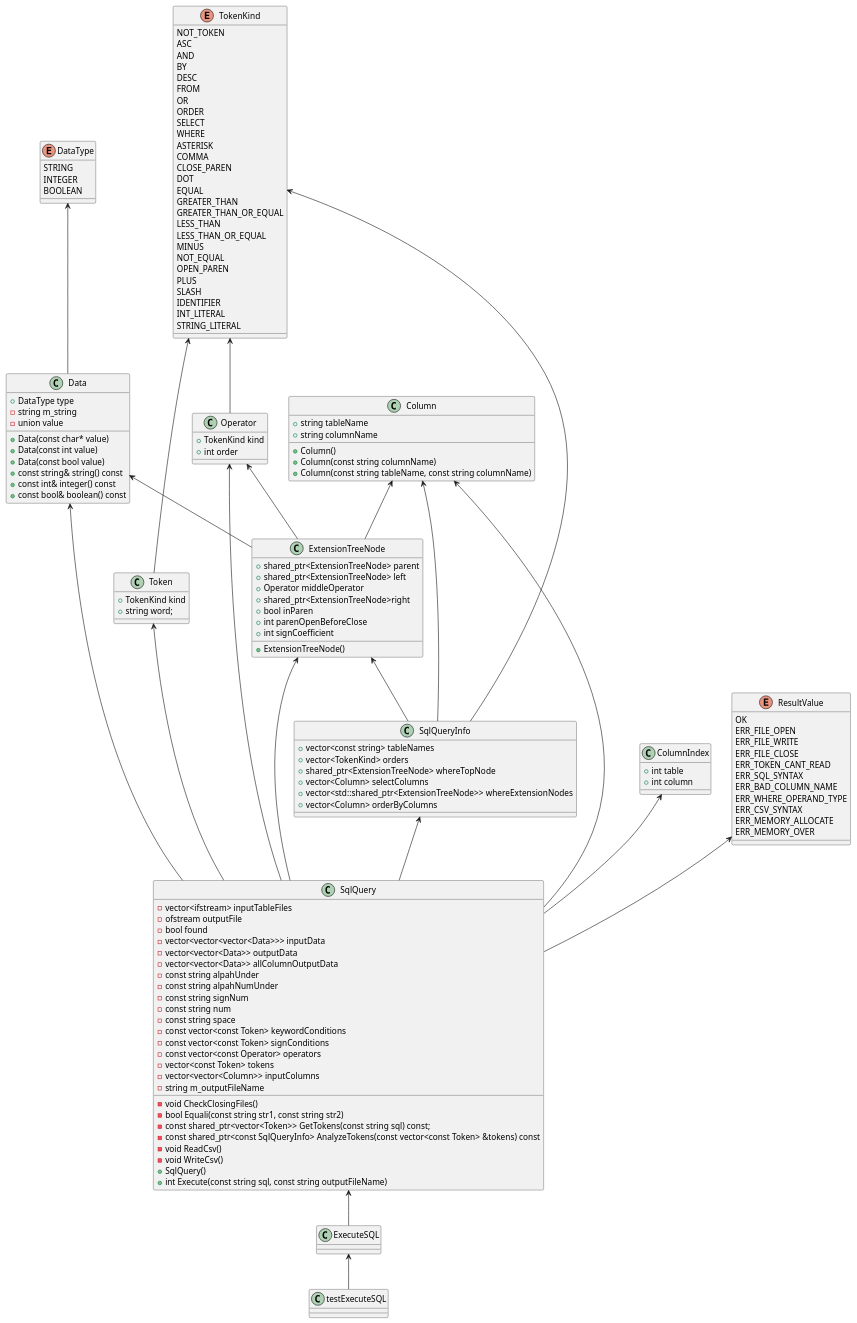
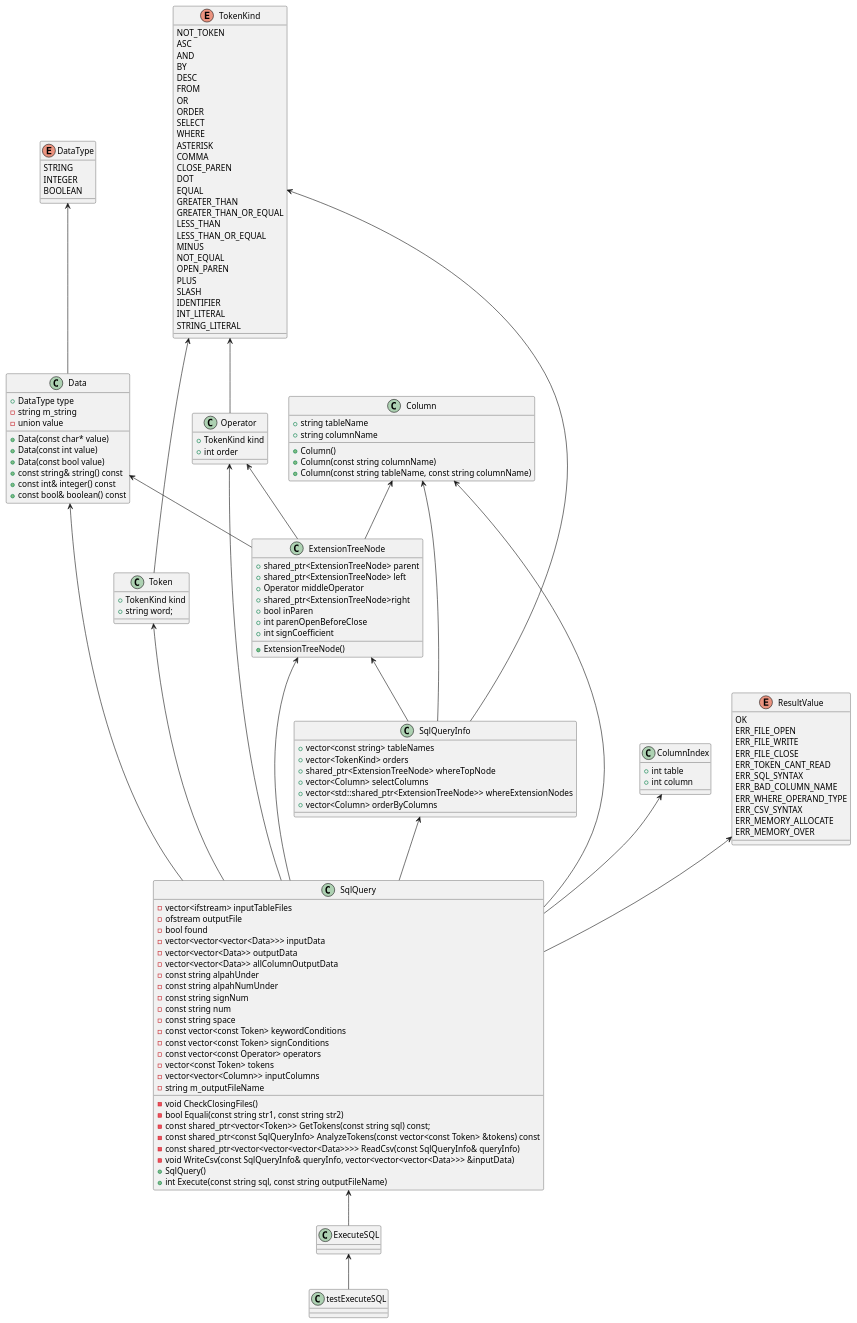
One commit to yotten/TinySQL changed the diagram in ExecuteSQL.pu. Above: the diagram before and after it, drawn with PlantUML. The commit also changed 1 other file, not shown here.

Commit message:
plantUML修正、コメント追加

```diff
--- a/ExecuteSQL.pu
+++ b/ExecuteSQL.pu
@@ -1,153 +1,153 @@
 @startuml
 
 class testExecuteSQL {}
 class SqlQueryInfo {
 	+vector<const string> tableNames
 	+vector<TokenKind> orders
 	+shared_ptr<ExtensionTreeNode> whereTopNode
 	+vector<Column> selectColumns
 	+vector<std::shared_ptr<ExtensionTreeNode>> whereExtensionNodes
 	+vector<Column> orderByColumns
 }
 class SqlQuery {
 	-vector<ifstream> inputTableFiles
 	-ofstream outputFile
 	-bool found
 	-vector<vector<vector<Data>>> inputData
 	-vector<vector<Data>> outputData
 	-vector<vector<Data>> allColumnOutputData	
 	-const string alpahUnder
 	-const string alpahNumUnder
 	-const string signNum
 	-const string num
 	-const string space
 	-const vector<const Token> keywordConditions
 	-const vector<const Token> signConditions
 	-const vector<const Operator> operators
 	-vector<const Token> tokens
 	-vector<vector<Column>> inputColumns
 	-void CheckClosingFiles()
 	-string m_outputFileName
 	-bool Equali(const string str1, const string str2)
 	-const shared_ptr<vector<Token>> GetTokens(const string sql) const;
 	-const shared_ptr<const SqlQueryInfo> AnalyzeTokens(const vector<const Token> &tokens) const
-	-void ReadCsv()
-	-void WriteCsv()
+	-const shared_ptr<vector<vector<vector<Data>>>> ReadCsv(const SqlQueryInfo& queryInfo)
+	-void WriteCsv(const SqlQueryInfo& queryInfo, vector<vector<vector<Data>>> &inputData)
 	+SqlQuery()
 	+int Execute(const string sql, const string outputFileName)
 }
 class ExecuteSQL {
 	
 }
 
 class Data {
     +DataType type
 	-string m_string
 	-union value
 	+Data(const char* value)
 	+Data(const int value)
 	+Data(const bool value)
 	+const string& string() const
 	+const int& integer() const
 	+const bool& boolean() const
 }
 class Operator{
     +TokenKind kind
     +int order
 }
 class Token{
     +TokenKind kind
     +string word;
 }
 class ExtensionTreeNode{
 	+shared_ptr<ExtensionTreeNode> parent
 	+shared_ptr<ExtensionTreeNode> left
 	+Operator middleOperator
 	+shared_ptr<ExtensionTreeNode>right
 	+bool inParen
 	+int parenOpenBeforeClose
 	+int signCoefficient
 	+ExtensionTreeNode()
 }
 class ColumnIndex{
     +int table
     +int column
 }
 class Column{
     +string tableName
     +string columnName
     +Column()
     +Column(const string columnName)
     +Column(const string tableName, const string columnName)
 }
 enum DataType{
    	STRING
 	INTEGER
 	BOOLEAN
 }
 enum TokenKind{
     NOT_TOKEN
 	ASC
 	AND
 	BY
 	DESC
 	FROM
 	OR
 	ORDER
 	SELECT
 	WHERE
 	ASTERISK
 	COMMA
 	CLOSE_PAREN
 	DOT
 	EQUAL
 	GREATER_THAN
 	GREATER_THAN_OR_EQUAL
 	LESS_THAN
 	LESS_THAN_OR_EQUAL
 	MINUS
 	NOT_EQUAL
 	OPEN_PAREN
 	PLUS
 	SLASH
 	IDENTIFIER
 	INT_LITERAL
 	STRING_LITERAL
 }
 enum ResultValue{
     OK
 	ERR_FILE_OPEN
 	ERR_FILE_WRITE
 	ERR_FILE_CLOSE
 	ERR_TOKEN_CANT_READ
 	ERR_SQL_SYNTAX
 	ERR_BAD_COLUMN_NAME
 	ERR_WHERE_OPERAND_TYPE
 	ERR_CSV_SYNTAX
 	ERR_MEMORY_ALLOCATE
 	ERR_MEMORY_OVER
 }
 
 ExecuteSQL <-- testExecuteSQL
 SqlQuery <-- ExecuteSQL
 
 Data <-- SqlQuery
 Operator <-- SqlQuery
 Token <-- SqlQuery
 ExtensionTreeNode <-- SqlQuery
 ColumnIndex <-- SqlQuery
 Column <-- SqlQuery
 ResultValue <-- SqlQuery
 SqlQueryInfo <-- SqlQuery
 
 Column <-- SqlQueryInfo
 TokenKind <-- SqlQueryInfo
 ExtensionTreeNode <-- SqlQueryInfo
 
 DataType <-- Data
 TokenKind <-- Token
 TokenKind <-- Operator
 Operator <-- ExtensionTreeNode
 Column <-- ExtensionTreeNode
 Data <-- ExtensionTreeNode
 @enduml
```
